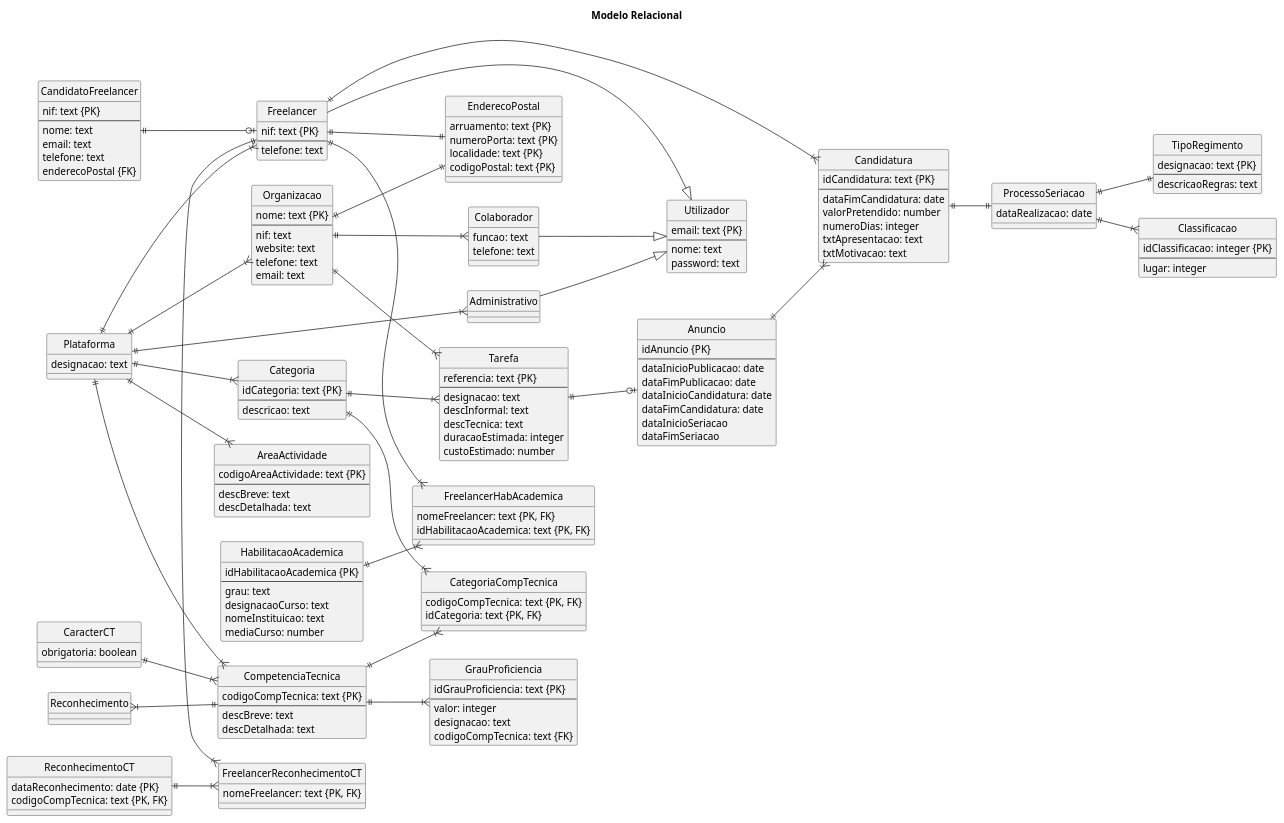
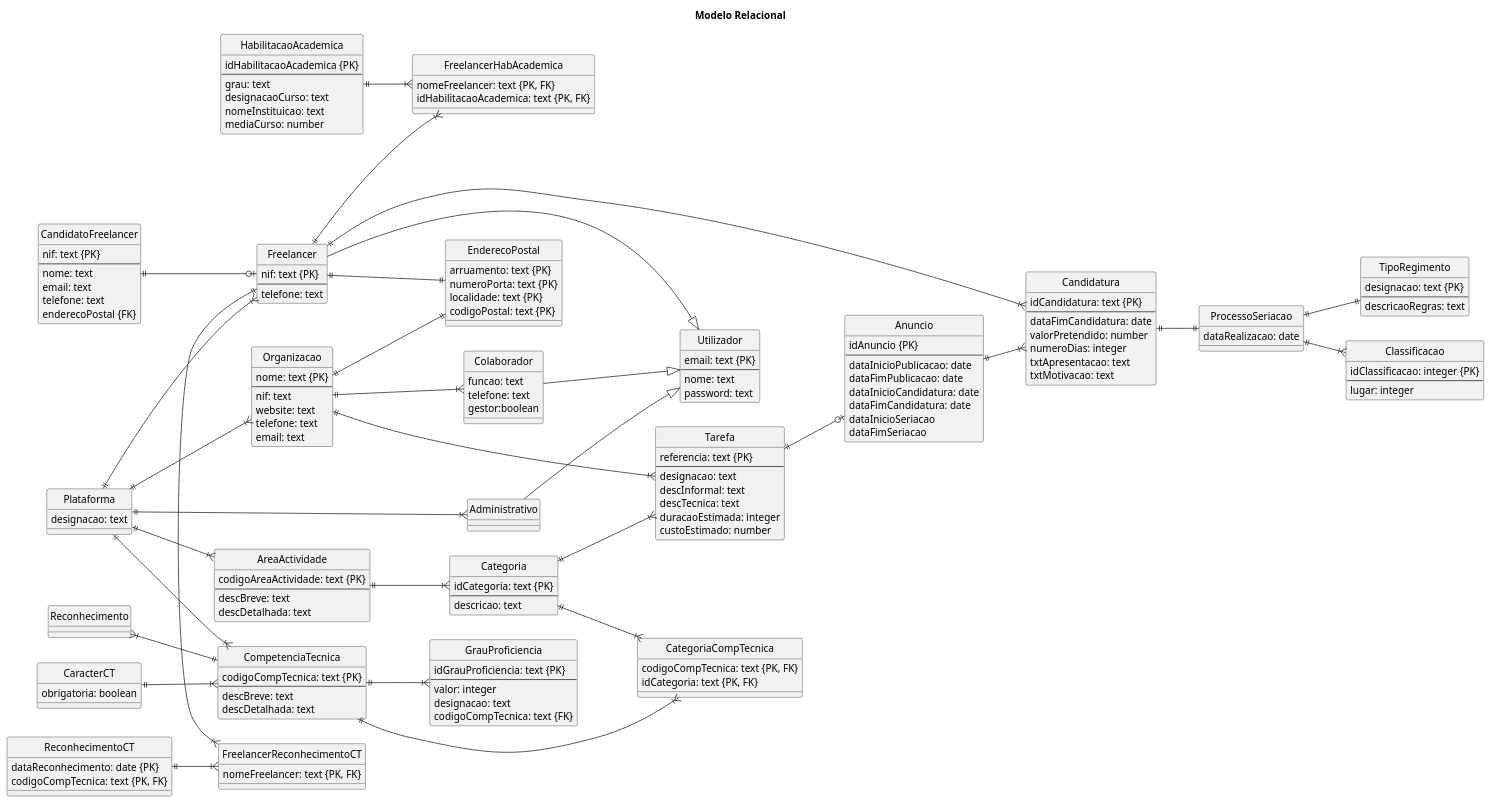
Before and after one commit to blestonbandeiraUPSKILL/upskill_java1_labprg_grupo2: the diagram in Documentação/Sprint 3/Modelo_Relacional/Modelo_Relacional.puml, drawn with PlantUML.

Commit message:
modelo relacional update

```diff
--- a/Documentação/Sprint 3/Modelo_Relacional/Modelo_Relacional.puml
+++ b/Documentação/Sprint 3/Modelo_Relacional/Modelo_Relacional.puml
@@ -22,6 +22,7 @@
 entity "Colaborador" {
     funcao: text
     telefone: text
+    gestor:boolean 
 }
 
 entity "Utilizador" {
@@ -165,7 +166,7 @@
 
 Plataforma ||--|{ Organizacao
 Plataforma ||--|{ Administrativo
-Plataforma ||--|{ Categoria
+AreaActividade ||--|{ Categoria
 Plataforma ||--|{ CompetenciaTecnica
 Plataforma ||--|{ AreaActividade
 Plataforma ||--|{ Freelancer
```
